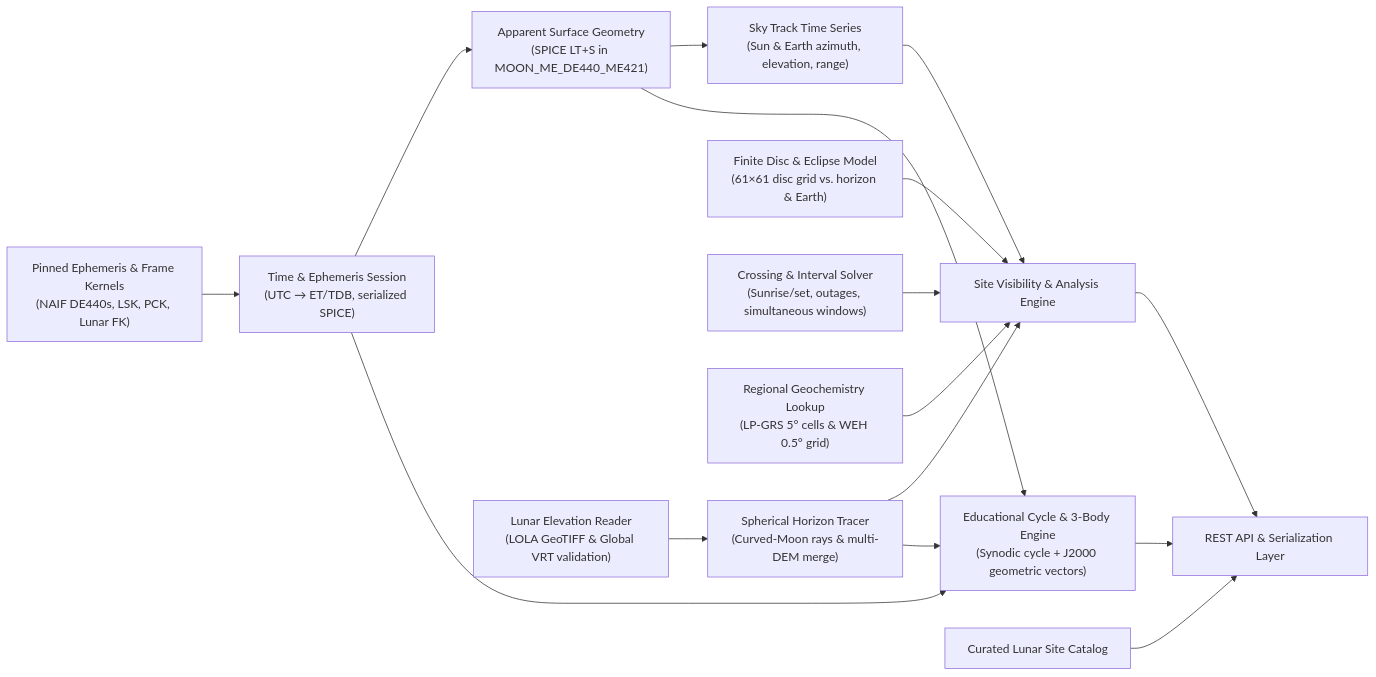
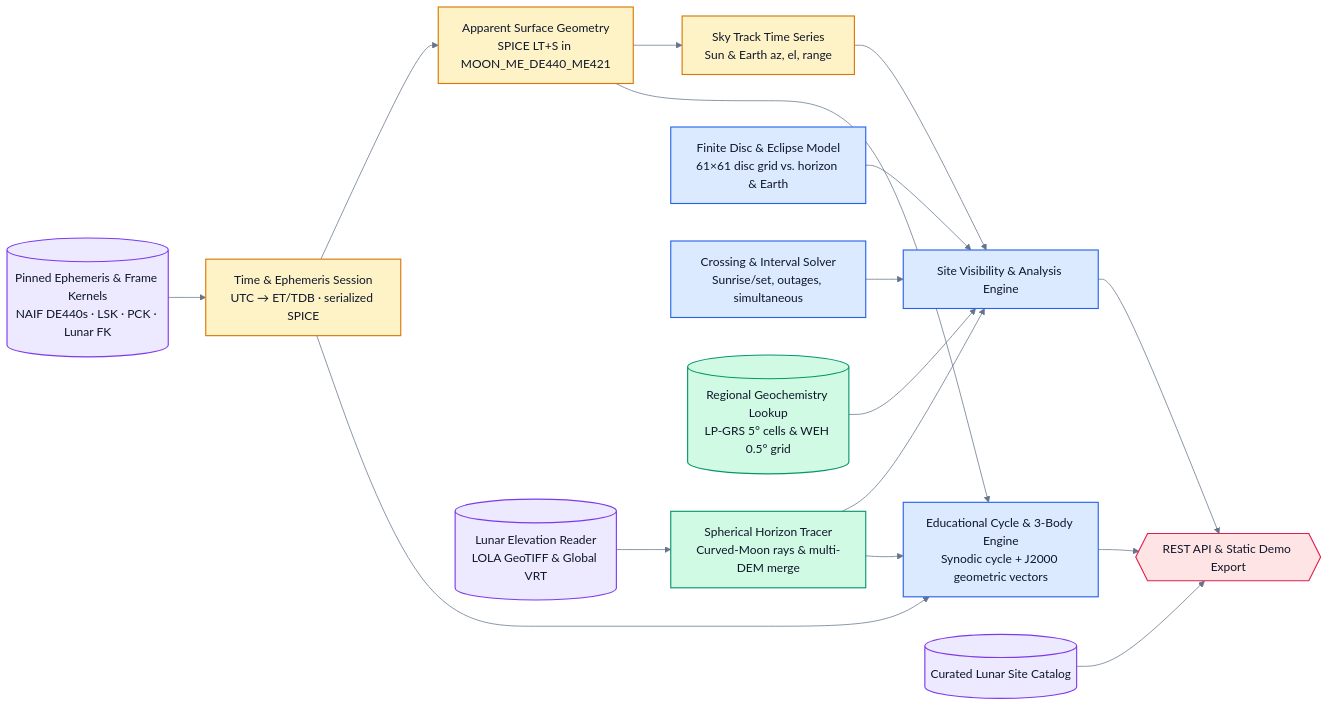
One commit to ChristianGonper/ILARGI-Project changed the diagram in docs/scientific-architecture.md. Above: the diagram before and after it, drawn with Mermaid. The commit also changed other lines of this file and 4 other files, not shown here.

Commit message:
docs: add codebase architecture guide and update scientific docs

````diff
--- a/docs/scientific-architecture.md
+++ b/docs/scientific-architecture.md
@@ -7,22 +7,29 @@
 ```mermaid
+%%{init: {'theme': 'base', 'themeVariables': {'background': '#ffffff', 'primaryTextColor': '#0f172a', 'lineColor': '#64748b'}}}%%
 flowchart LR
-    K["Pinned Ephemeris & Frame Kernels<br/>(NAIF DE440s, LSK, PCK, Lunar FK)"] --> E["Time & Ephemeris Session<br/>(UTC → ET/TDB, serialized SPICE)"]
-    E --> A["Apparent Surface Geometry<br/>(SPICE LT+S in MOON_ME_DE440_ME421)"]
-    A --> S["Sky Track Time Series<br/>(Sun & Earth azimuth, elevation, range)"]
+    classDef source fill:#ede9fe,stroke:#7c3aed,color:#0f172a,stroke-width:1.5px;
+    classDef ephem fill:#fef3c7,stroke:#d97706,color:#0f172a,stroke-width:1.5px;
+    classDef topo fill:#d1fae5,stroke:#059669,color:#0f172a,stroke-width:1.5px;
+    classDef engine fill:#dbeafe,stroke:#2563eb,color:#0f172a,stroke-width:1.5px;
+    classDef api fill:#ffe4e6,stroke:#e11d48,color:#0f172a,stroke-width:1.5px;
 
-    T["Lunar Elevation Reader<br/>(LOLA GeoTIFF & Global VRT validation)"] --> H["Spherical Horizon Tracer<br/>(Curved-Moon rays & multi-DEM merge)"]
+    K[("Pinned Ephemeris &amp; Frame Kernels<br/>NAIF DE440s · LSK · PCK · Lunar FK")]:::source --> E["Time &amp; Ephemeris Session<br/>UTC → ET/TDB · serialized SPICE"]:::ephem
+    E --> A["Apparent Surface Geometry<br/>SPICE LT+S in MOON_ME_DE440_ME421"]:::ephem
+    A --> S["Sky Track Time Series<br/>Sun &amp; Earth az, el, range"]:::ephem
 
-    S --> AN["Site Visibility & Analysis Engine"]
+    T[("Lunar Elevation Reader<br/>LOLA GeoTIFF &amp; Global VRT")]:::source --> H["Spherical Horizon Tracer<br/>Curved-Moon rays &amp; multi-DEM merge"]:::topo
+
+    S --> AN["Site Visibility &amp; Analysis Engine"]:::engine
     H --> AN
-    D["Finite Disc & Eclipse Model<br/>(61×61 disc grid vs. horizon & Earth)"] --> AN
-    EV["Crossing & Interval Solver<br/>(Sunrise/set, outages, simultaneous windows)"] --> AN
-    M["Regional Geochemistry Lookup<br/>(LP-GRS 5° cells & WEH 0.5° grid)"] --> AN
+    D["Finite Disc &amp; Eclipse Model<br/>61×61 disc grid vs. horizon &amp; Earth"]:::engine --> AN
+    EV["Crossing &amp; Interval Solver<br/>Sunrise/set, outages, simultaneous"]:::engine --> AN
+    M[("Regional Geochemistry Lookup<br/>LP-GRS 5° cells &amp; WEH 0.5° grid")]:::topo --> AN
 
-    E --> EDU["Educational Cycle & 3-Body Engine<br/>(Synodic cycle + J2000 geometric vectors)"]
+    E --> EDU["Educational Cycle &amp; 3-Body Engine<br/>Synodic cycle + J2000 geometric vectors"]:::engine
     A --> EDU
     H --> EDU
 
-    AN --> API["REST API & Serialization Layer"]
+    AN --> API{{"REST API &amp; Static Demo Export"}}:::api
     EDU --> API
-    SI["Curated Lunar Site Catalog"] --> API
+    SI[("Curated Lunar Site Catalog")]:::source --> API
 ```
````
